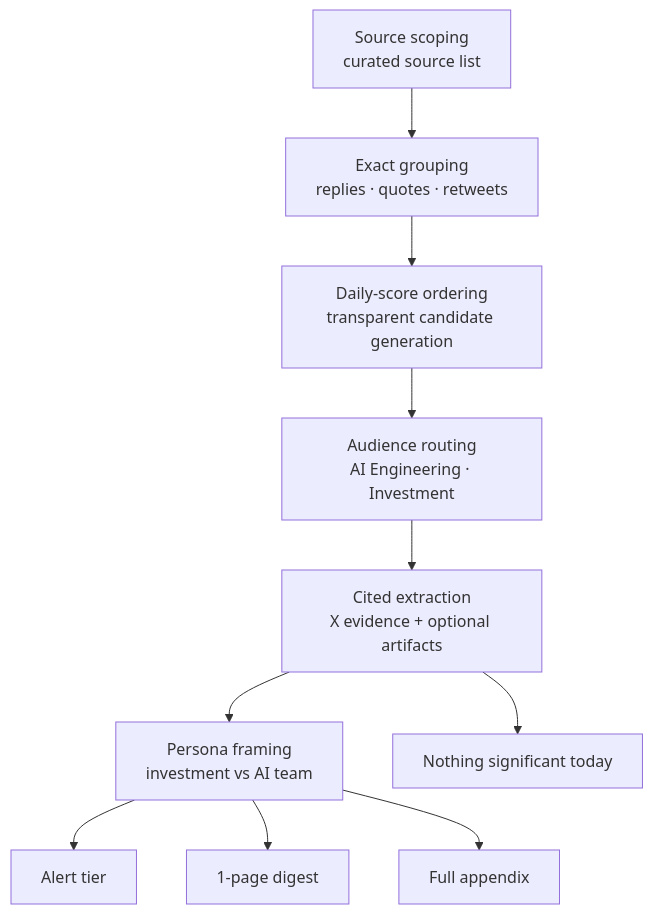
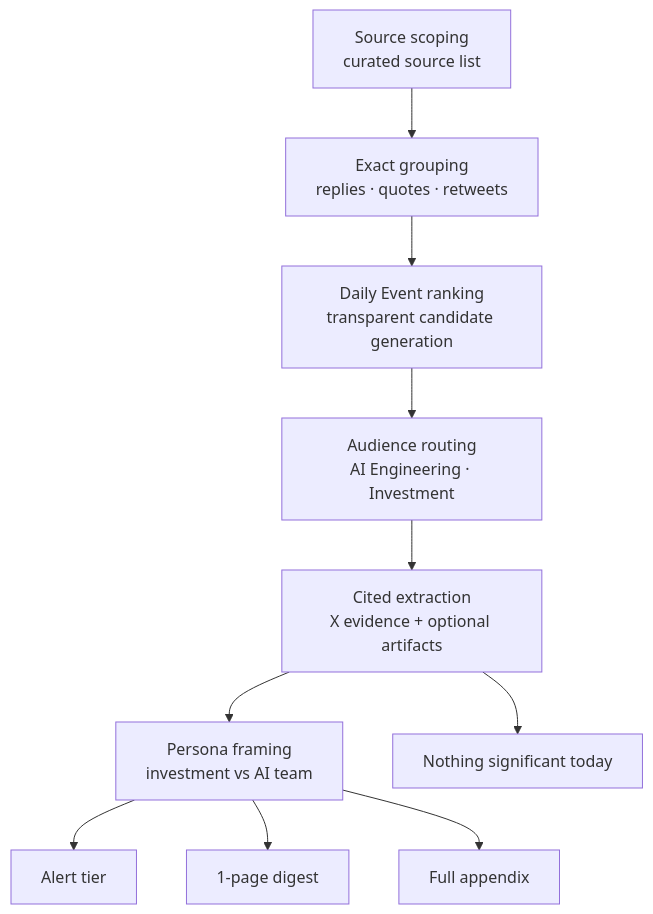
Before and after one commit to AdithyanI/frontier-lab-intelligence: the second of 5 diagrams in docs/references/implementation-contracts.md, drawn with Mermaid. The commit also changed other lines of this file and 59 other files, not shown here.

````diff
--- a/docs/references/implementation-contracts.md
+++ b/docs/references/implementation-contracts.md
@@ -545,17 +553,17 @@
 ```mermaid
 flowchart TD
     S0[Source scoping<br/>curated source list]
     S1[Exact grouping<br/>replies · quotes · retweets]
-    S2[Daily-score ordering<br/>transparent candidate generation]
+    S2[Daily Event ranking<br/>transparent candidate generation]
     S3[Audience routing<br/>AI Engineering · Investment]
     S4[Cited extraction<br/>X evidence + optional artifacts]
     S5[Persona framing<br/>investment vs AI team]
     OUT1[Alert tier]
     OUT2[1-page digest]
     OUT3[Full appendix]
     NONE[Nothing significant today]
 
     S0 --> S1 --> S2 --> S3 --> S4 --> S5
     S5 --> OUT1 & OUT2 & OUT3
     S4 --> NONE
 ```
````
